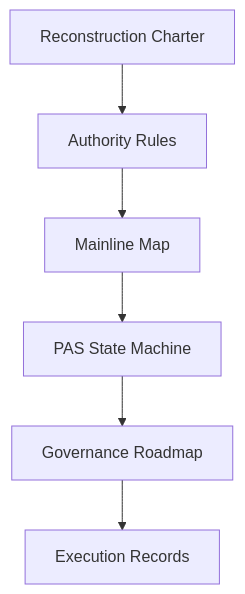
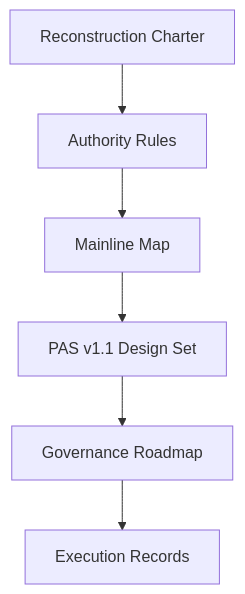
Before and after one commit to everything-is-simple/Malf-Pas: the diagram in docs/README.md, drawn with Mermaid. The commit also changed other lines of this file and 18 other files, not shown here.

Commit message:
feat: freeze PAS v1.1 design set

````diff
--- a/docs/README.md
+++ b/docs/README.md
@@ -5,8 +5,8 @@
 ```mermaid
 flowchart TD
     A[Reconstruction Charter] --> B[Authority Rules]
     B --> C[Mainline Map]
-    C --> D[PAS State Machine]
+    C --> D[PAS v1.1 Design Set]
     D --> E[Governance Roadmap]
     E --> F[Execution Records]
 ```
````
